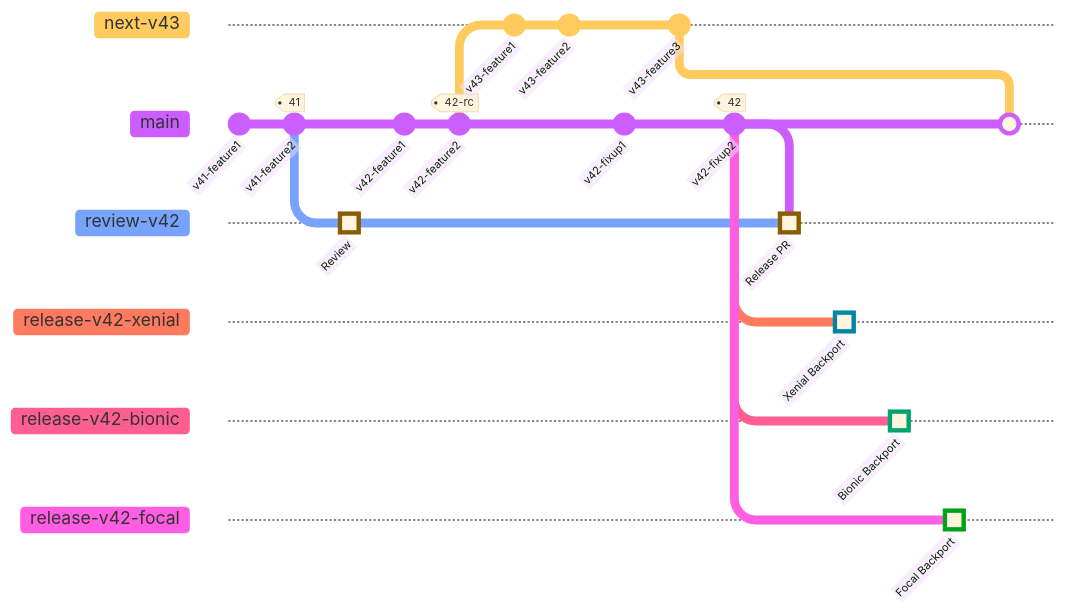
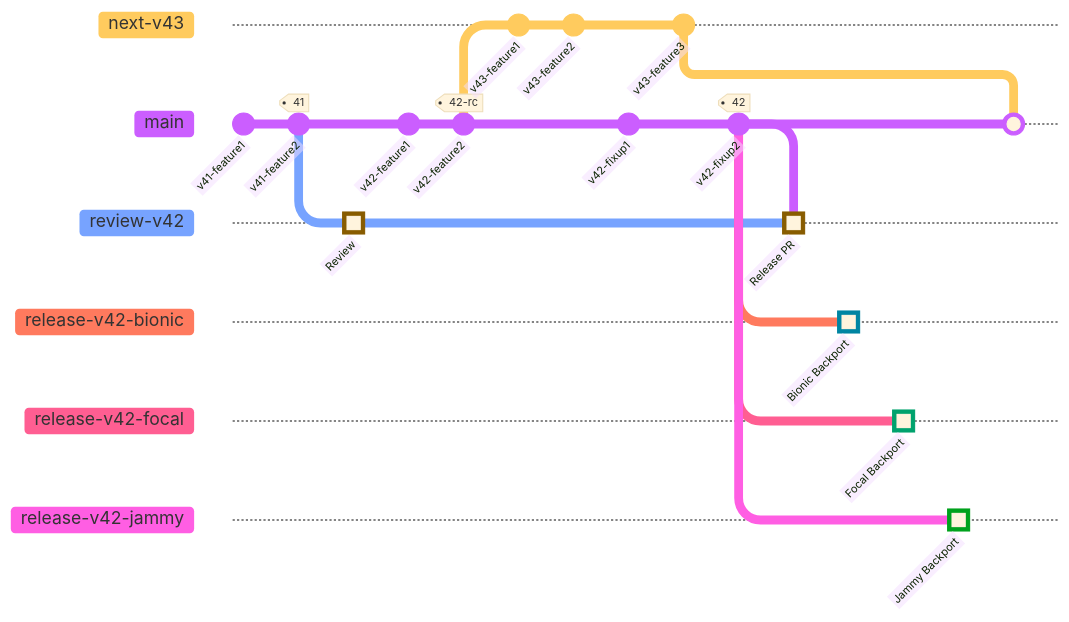
The diagram in dev-docs/how-to/release_a_new_version.md (canonical/ubuntu-pro-client), drawn with Mermaid before and after one commit. The commit also changed other lines of this file and 38 other files, not shown here.

Commit message:
chore: drop xenial from main and document release policy (#3652)

````diff
--- a/dev-docs/how-to/release_a_new_version.md
+++ b/dev-docs/how-to/release_a_new_version.md
@@ -59,36 +59,36 @@
 ```mermaid
 %%{init: { 'logLevel': 'debug', 'theme': 'base', 'gitGraph': {'showBranches': true, 'showCommitLabel':true,'mainBranchOrder': 2}} }%%
 gitGraph LR:
   commit id: "v41-feature1"
   commit id: "v41-feature2" tag: "41"
   branch review-v42 order: 3
   commit id: "Review" type: HIGHLIGHT
   checkout main
   commit id: "v42-feature1"
   commit id: "v42-feature2" tag: "42-rc"
 
   branch next-v43 order: 1
   commit id: "v43-feature1"
   commit id: "v43-feature2"
   checkout main
   commit id: "v42-fixup1"
   checkout next-v43
   commit id: "v43-feature3"
   checkout main
   commit id: "v42-fixup2" tag: "42"
   checkout review-v42
   merge main id: "Release PR" type:HIGHLIGHT
 
   checkout main
-  branch release-v42-xenial order: 4
-  commit id: "Xenial Backport" type: HIGHLIGHT
-  checkout main
-  branch release-v42-bionic order: 5
+  branch release-v42-bionic order: 4
   commit id: "Bionic Backport" type: HIGHLIGHT
   checkout main
-  branch release-v42-focal order: 6
+  branch release-v42-focal order: 5
   commit id: "Focal Backport" type: HIGHLIGHT
+  checkout main
+  branch release-v42-jammy order: 6
+  commit id: "Jammy Backport" type: HIGHLIGHT
 
   checkout main
   merge next-v43
 ```
````
